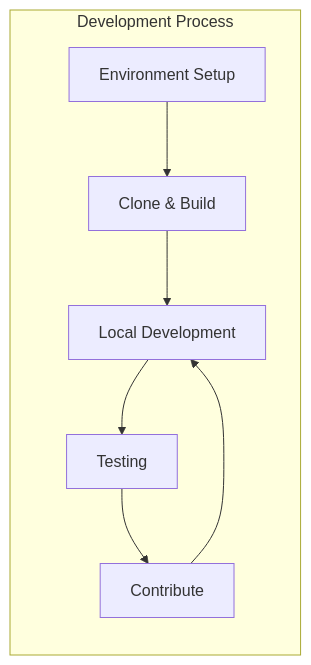
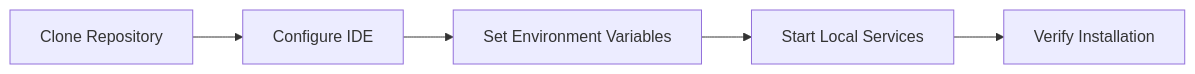
One commit to flamingo-stack/openframe-oss-lib changed the second of 3 diagrams in docs/development/README.md. Above: the diagram before and after it, drawn with Mermaid. The commit also changed other lines of this file and 12 other files, not shown here.

````diff
--- a/docs/development/README.md
+++ b/docs/development/README.md
@@ -57,16 +118,7 @@
 ```mermaid
-graph LR
-    subgraph "Development Process"
-        SETUP[Environment Setup]
-        CLONE[Clone & Build]
-        DEV[Local Development]
-        TEST[Testing]
-        CONTRIB[Contribute]
-    end
-    
-    SETUP --> CLONE
-    CLONE --> DEV
-    DEV --> TEST
-    TEST --> CONTRIB
-    CONTRIB --> DEV
+flowchart LR
+    A[Clone Repository] --> B[Configure IDE]
+    B --> C[Set Environment Variables]
+    C --> D[Start Local Services]
+    D --> E[Verify Installation]
 ```
````
